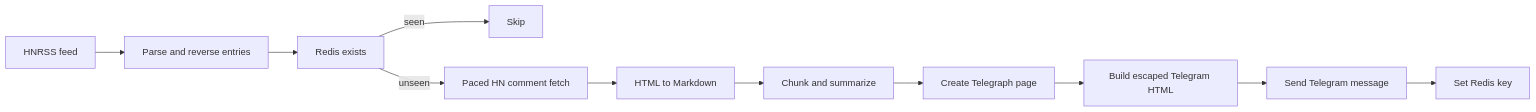
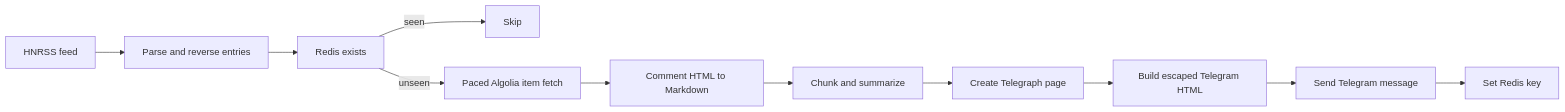
The diagram in DESIGN_DOC.md (narumiruna/hnbot), drawn with Mermaid before and after one commit. The commit also changed other lines of this file and 11 other files, not shown here.

````diff
--- a/DESIGN_DOC.md
+++ b/DESIGN_DOC.md
@@ -36,13 +36,13 @@
 ```mermaid
 flowchart LR
     A[HNRSS feed] --> B[Parse and reverse entries]
     B --> C[Redis exists]
     C -->|seen| D[Skip]
-    C -->|unseen| E[Paced HN comment fetch]
-    E --> F[HTML to Markdown]
+    C -->|unseen| E[Paced Algolia item fetch]
+    E --> F[Comment HTML to Markdown]
     F --> G[Chunk and summarize]
     G --> H[Create Telegraph page]
     H --> I[Build escaped Telegram HTML]
     I --> J[Send Telegram message]
     J --> K[Set Redis key]
 ```
````
